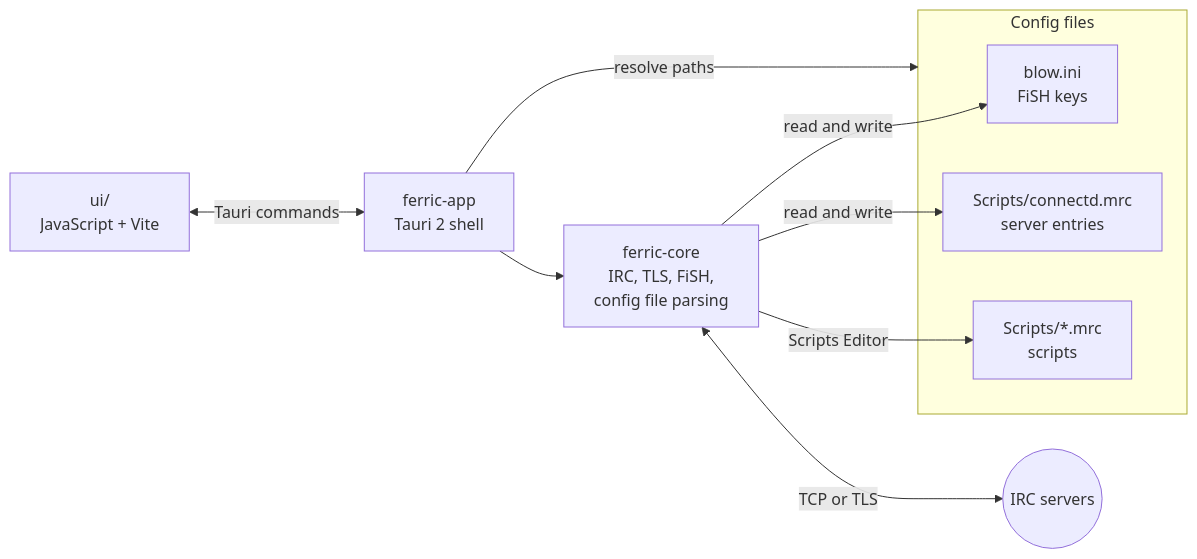
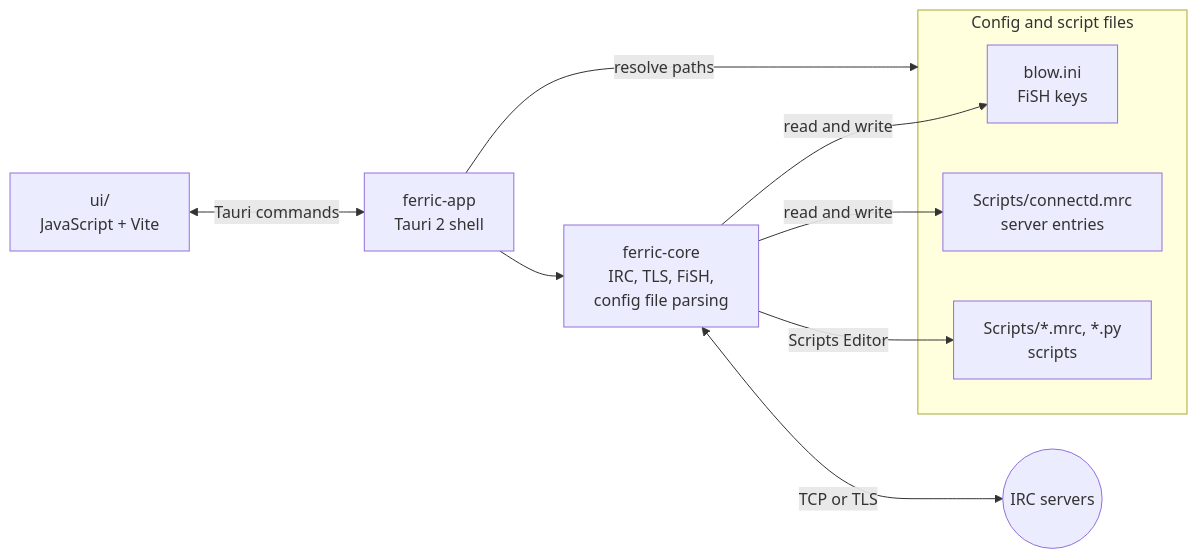
The diagram in README.md (DEADC1DE/ferric), drawn with Mermaid before and after one commit. The commit also changed other lines of this file, not shown here.

````diff
--- a/README.md
+++ b/README.md
@@ -134,20 +136,20 @@
 ```mermaid
 flowchart LR
-    subgraph files["Config files"]
+    subgraph files["Config and script files"]
         blow["blow.ini<br/>FiSH keys"]
         conn["Scripts/connectd.mrc<br/>server entries"]
-        mrc["Scripts/*.mrc<br/>scripts"]
+        scripts["Scripts/*.mrc, *.py<br/>scripts"]
     end
     ui["ui/<br/>JavaScript + Vite"]
     app["ferric-app<br/>Tauri 2 shell"]
     core["ferric-core<br/>IRC, TLS, FiSH,<br/>config file parsing"]
     net(("IRC servers"))
 
     ui <-->|Tauri commands| app
     app --> core
     app -->|resolve paths| files
     core -->|read and write| blow
     core -->|read and write| conn
-    core -->|Scripts Editor| mrc
+    core -->|Scripts Editor| scripts
     core <-->|TCP or TLS| net
 ```
````
